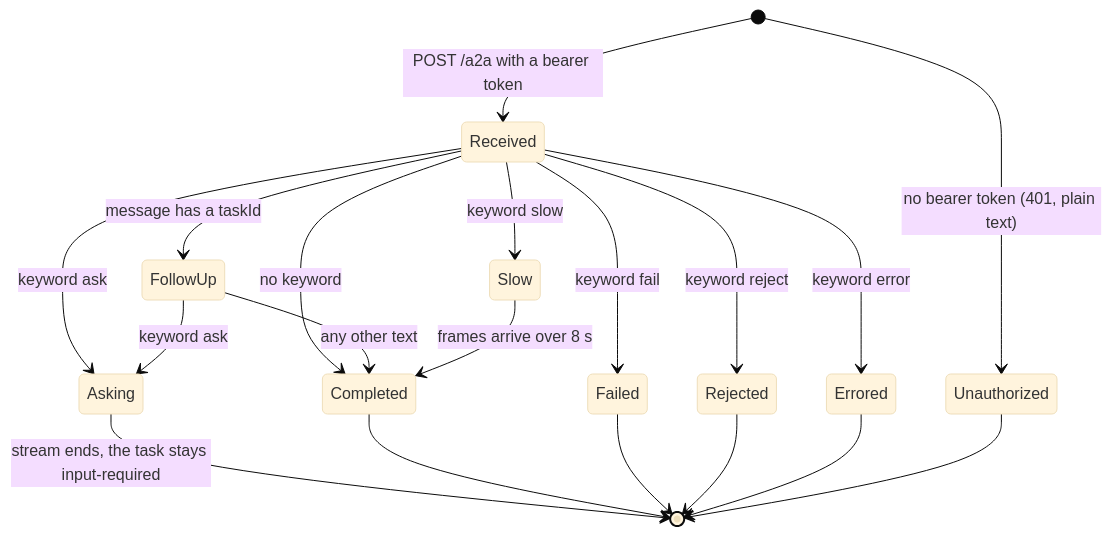
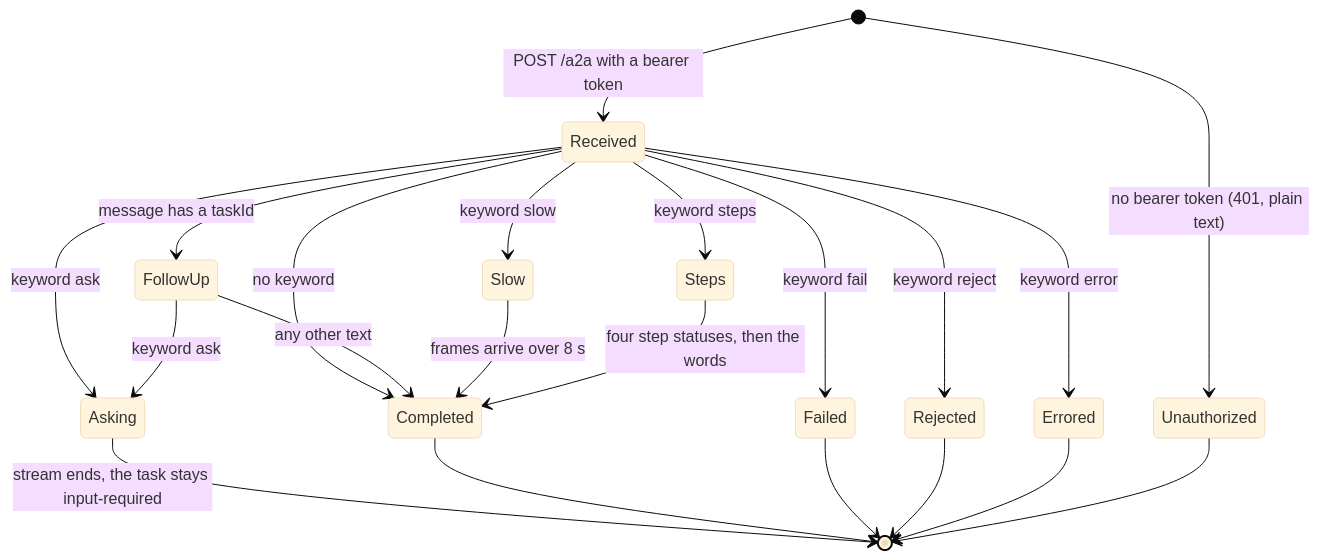
Before and after one commit to vymalo/another-agentic-system: the tenth of 19 diagrams in dev/README.md, drawn with Mermaid (base theme). The commit also changed other lines of this file and 82 other files, not shown here.

First line of the commit message:
feat: nested steps — agent_step, AG-UI subagents and activities, steps/v1 from agents (ADR 0025) (#78)

````diff
--- a/dev/README.md
+++ b/dev/README.md
@@ -820,21 +821,23 @@
 ```mermaid
 stateDiagram-v2
   [*] --> Received: POST /a2a with a bearer token
   [*] --> Unauthorized: no bearer token (401, plain text)
   Received --> FollowUp: message has a taskId
   Received --> Errored: keyword error
   Received --> Rejected: keyword reject
   Received --> Failed: keyword fail
   Received --> Asking: keyword ask
   Received --> Slow: keyword slow
+  Received --> Steps: keyword steps
   Received --> Completed: no keyword
   FollowUp --> Asking: keyword ask
   FollowUp --> Completed: any other text
   Asking --> [*]: stream ends, the task stays input-required
   Slow --> Completed: frames arrive over 8 s
+  Steps --> Completed: four step statuses, then the words
   Completed --> [*]
   Failed --> [*]
   Rejected --> [*]
   Errored --> [*]
   Unauthorized --> [*]
 ```
````
